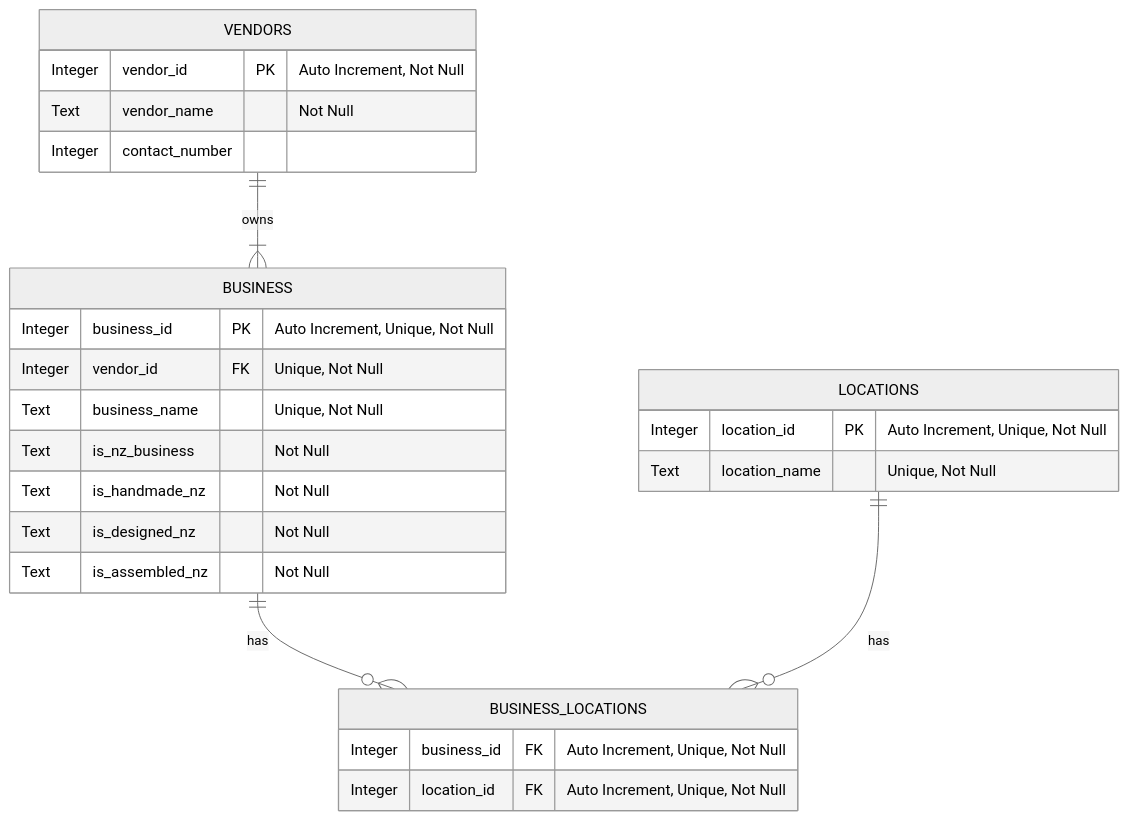
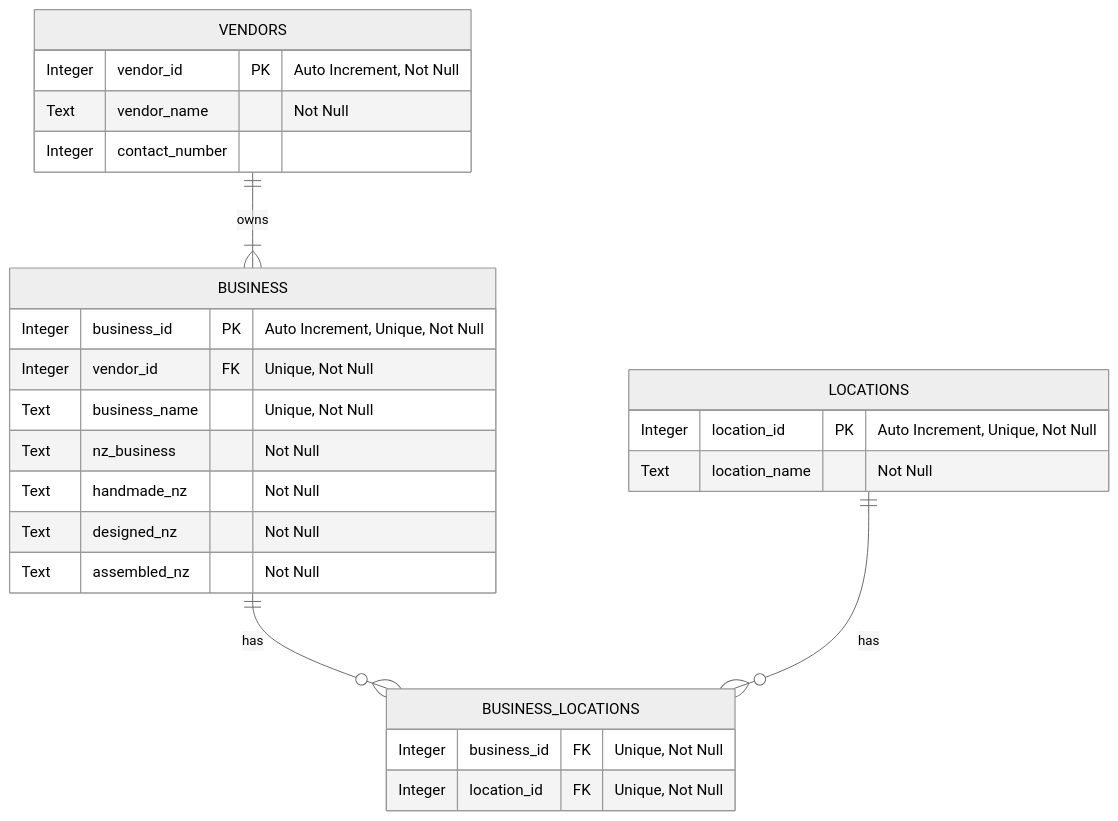
Before and after one commit to thomasem1369/12CSP_Flask: the diagram in architecture/database.mmd, drawn with Mermaid (neutral theme).

Commit message:
Fixed Foreign Keys

```diff
--- a/architecture/database.mmd
+++ b/architecture/database.mmd
@@ -1,33 +1,33 @@
 erDiagram
 
     VENDORS ||--|{ BUSINESS : "owns"
     BUSINESS ||--o{ BUSINESS_LOCATIONS: "has"
     LOCATIONS ||--o{ BUSINESS_LOCATIONS: "has"
 
 
     BUSINESS{
         Integer business_id PK "Auto Increment, Unique, Not Null"
         Integer vendor_id FK "Unique, Not Null"
         Text business_name "Unique, Not Null"
-        Text is_nz_business "Not Null"
-        Text is_handmade_nz "Not Null"
-        Text is_designed_nz "Not Null"
-        Text is_assembled_nz "Not Null"
+        Text nz_business "Not Null"
+        Text handmade_nz "Not Null"
+        Text designed_nz "Not Null"
+        Text assembled_nz "Not Null"
     }
 
 
     BUSINESS_LOCATIONS {
-        Integer business_id FK "Auto Increment, Unique, Not Null"
-        Integer location_id FK "Auto Increment, Unique, Not Null"
+        Integer business_id FK "Unique, Not Null"
+        Integer location_id FK "Unique, Not Null"
     }
 
     LOCATIONS{
         Integer location_id PK "Auto Increment, Unique, Not Null"
-        Text location_name "Unique, Not Null"
+        Text location_name "Not Null"
     }
 
     VENDORS{
         Integer vendor_id PK "Auto Increment, Not Null"
         Text vendor_name "Not Null"
         Integer contact_number 
     }
```
